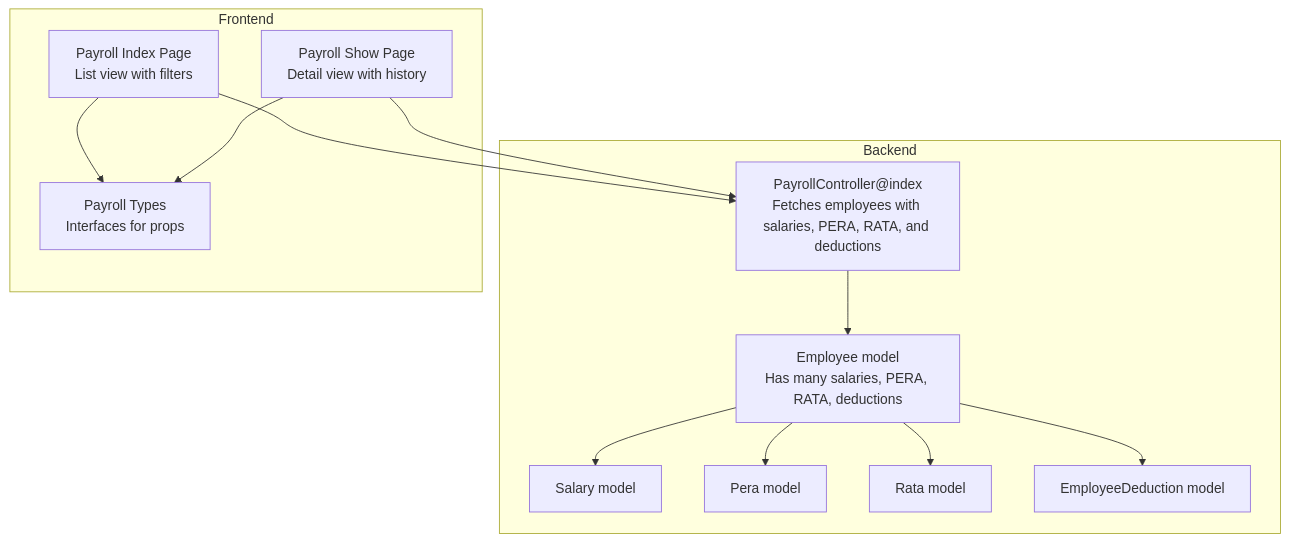
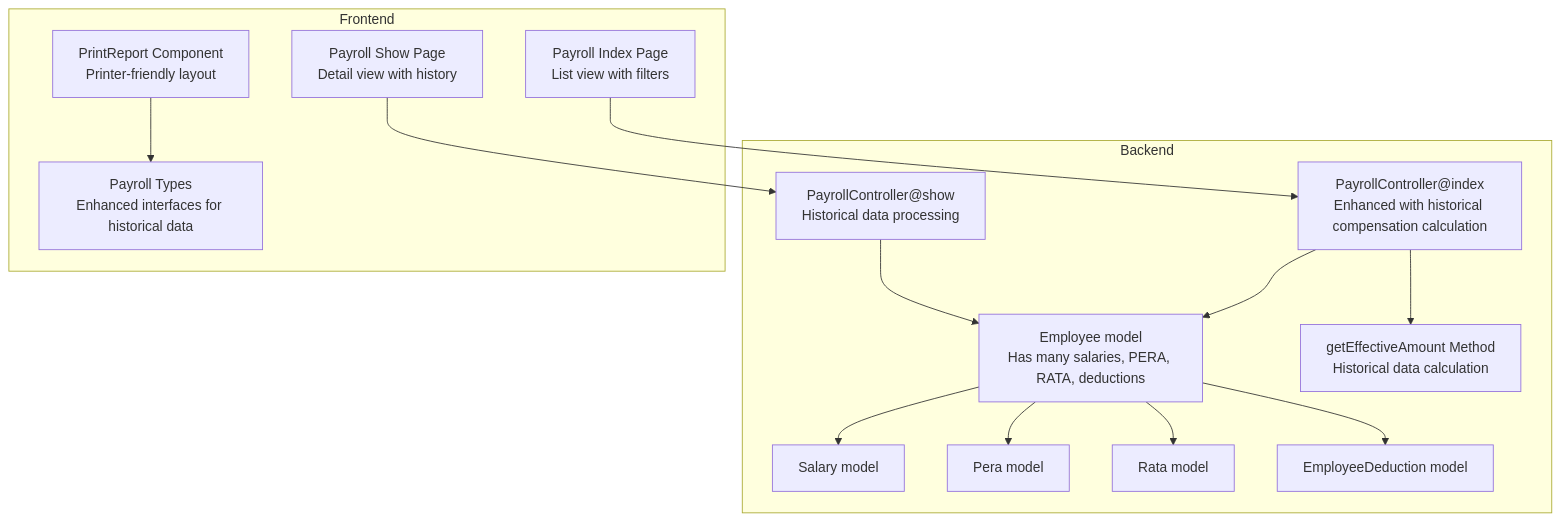
One commit to vincet0t15/template changed the first of 12 diagrams in .qoder/repowiki/en/content/Payroll System/Payroll Reports & Analytics.md. Above: the diagram before and after it, drawn with Mermaid. The commit also changed other lines of this file and 11 other files, not shown here.

````diff
--- a/.qoder/repowiki/en/content/Payroll System/Payroll Reports & Analytics.md
+++ b/.qoder/repowiki/en/content/Payroll System/Payroll Reports & Analytics.md
@@ -35,25 +49,29 @@
 ```mermaid
 graph TB
 subgraph "Backend"
-PC["PayrollController@index<br/>Fetches employees with salaries, PERA, RATA, and deductions"]
+PC["PayrollController@index<br/>Enhanced with historical compensation calculation"]
+PC2["PayrollController@show<br/>Historical data processing"]
 EM["Employee model<br/>Has many salaries, PERA, RATA, deductions"]
 SAL["Salary model"]
 PER["Pera model"]
 RAT["Rata model"]
 EMD["EmployeeDeduction model"]
+END["getEffectiveAmount Method<br/>Historical data calculation"]
 end
 subgraph "Frontend"
 IDX["Payroll Index Page<br/>List view with filters"]
 SHW["Payroll Show Page<br/>Detail view with history"]
-TYP["Payroll Types<br/>Interfaces for props"]
+PR["PrintReport Component<br/>Printer-friendly layout"]
+TYP["Payroll Types<br/>Enhanced interfaces for historical data"]
 end
 PC --> EM
+PC2 --> EM
 EM --> SAL
 EM --> PER
 EM --> RAT
 EM --> EMD
+PC --> END
 IDX --> PC
-SHW --> PC
-IDX --> TYP
-SHW --> TYP
+SHW --> PC2
+PR --> TYP
 ```
````
